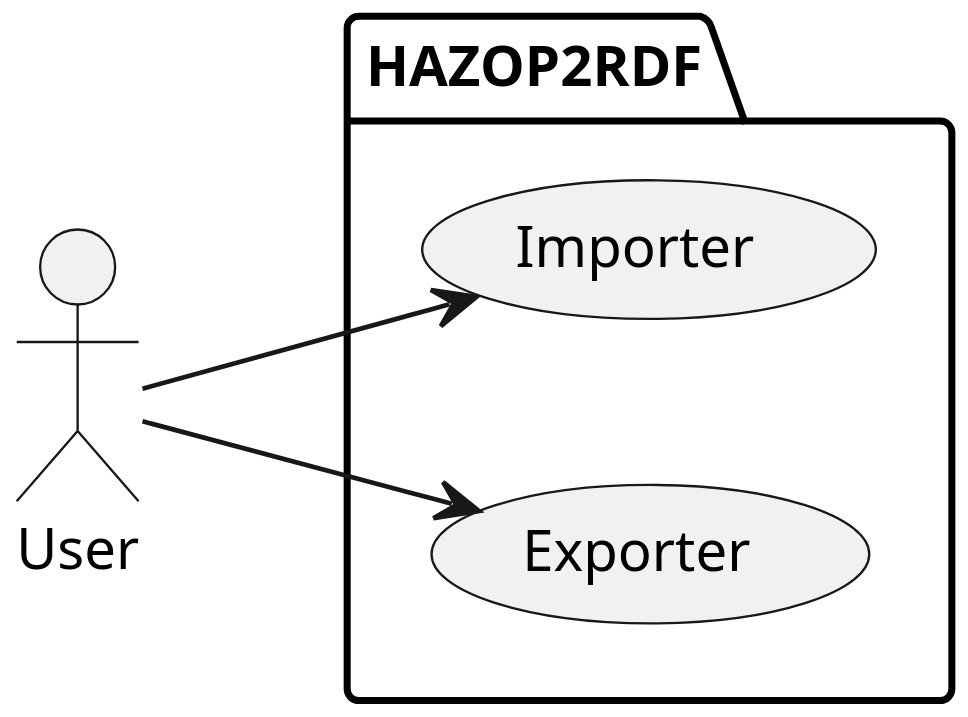
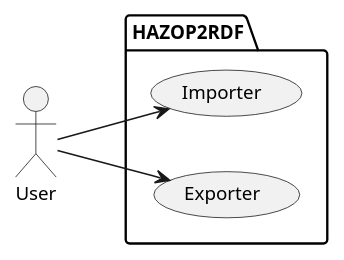
One commit to dmytkost/HAZOP2RDF changed the diagram in docs/plantuml/user_interaction.puml. Above: the diagram before and after it, drawn with PlantUML. The commit also changed 15 other files, not shown here.

```diff
--- a/docs/plantuml/user_interaction.puml
+++ b/docs/plantuml/user_interaction.puml
@@ -1,17 +1,17 @@
 @startuml
 skinparam monochrome true
-skinparam dpi 300
+skinparam dpi 100
 skinparam defaultFontSize 12
 
 left to right direction
 
 actor User
 
 package HAZOP2RDF {
   usecase Importer
   usecase Exporter
 }
 
 User --> Importer
 User --> Exporter
 @enduml
```
